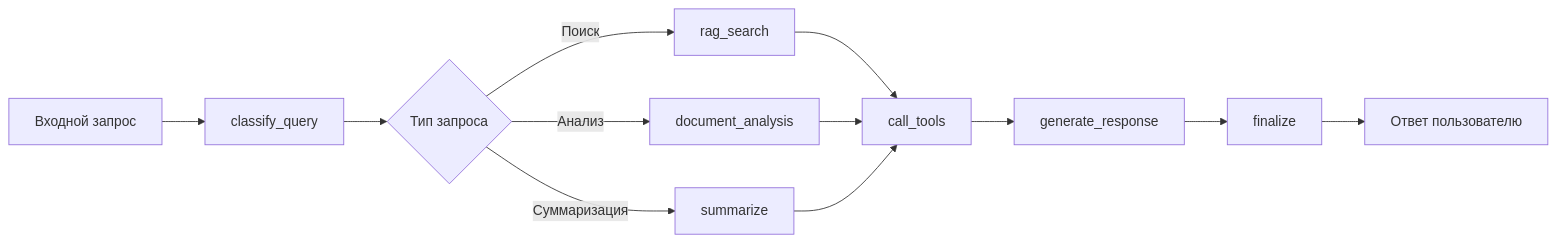
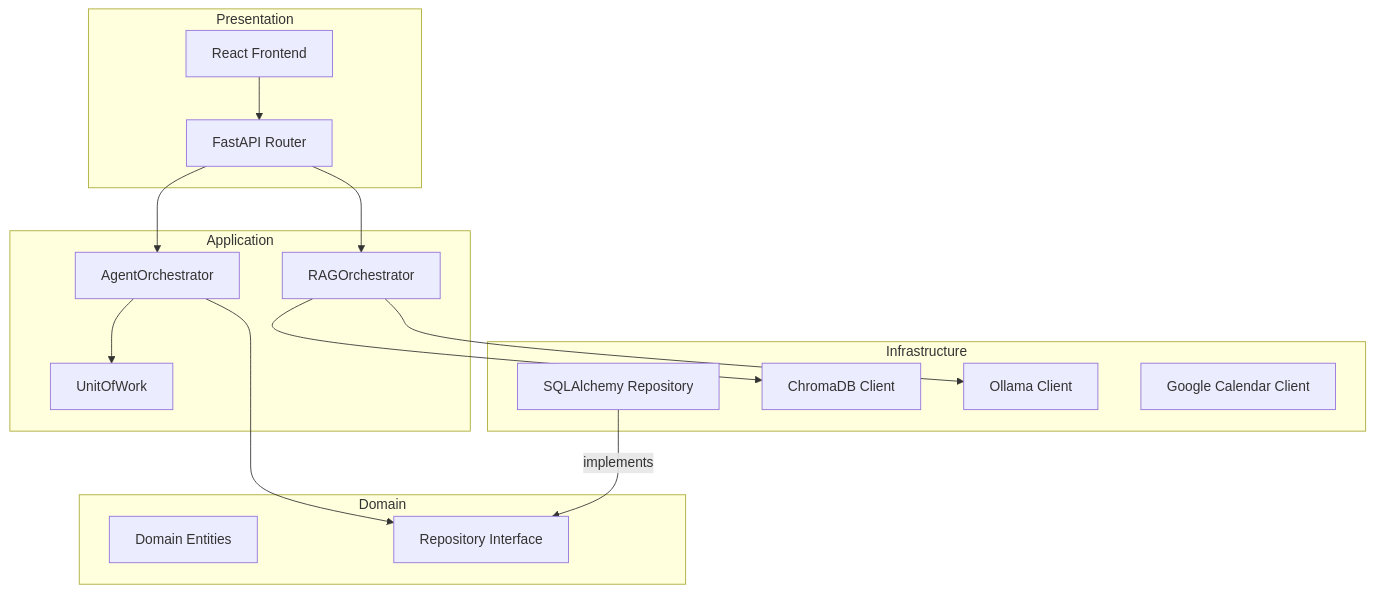
One commit to kostIT13/DocuWeave changed the first of 7 diagrams in README.md. Above: the diagram before and after it, drawn with Mermaid. The commit also changed other lines of this file, not shown here.

````diff
--- a/README.md
+++ b/README.md
@@ -152,14 +138,30 @@
 ```mermaid
-graph LR
-    A[Входной запрос] --> B[classify_query]
-    B --> C{Тип запроса}
-    C -->|Поиск| D[rag_search]
-    C -->|Анализ| E[document_analysis]
-    C -->|Суммаризация| F[summarize]
-    D --> G[call_tools]
-    E --> G
-    F --> G
-    G --> H[generate_response]
-    H --> I[finalize]
-    I --> J[Ответ пользователю]
+graph TD
+    subgraph Presentation
+        Router[FastAPI Router]
+        Frontend[React Frontend]
+    end
+    subgraph Application
+        AgentOrchestrator[AgentOrchestrator]
+        RAGOrchestrator[RAGOrchestrator]
+        UoW[UnitOfWork]
+    end
+    subgraph Domain
+        Entity[Domain Entities]
+        RepoInterface[Repository Interface]
+    end
+    subgraph Infrastructure
+        SQLRepo[SQLAlchemy Repository]
+        Chroma[ChromaDB Client]
+        Ollama[Ollama Client]
+        GoogleAPI[Google Calendar Client]
+    end
+    Router --> AgentOrchestrator
+    Router --> RAGOrchestrator
+    AgentOrchestrator --> UoW
+    AgentOrchestrator --> RepoInterface
+    RAGOrchestrator --> Chroma
+    RAGOrchestrator --> Ollama
+    SQLRepo -- implements --> RepoInterface
+    Frontend --> Router
 ```
````
